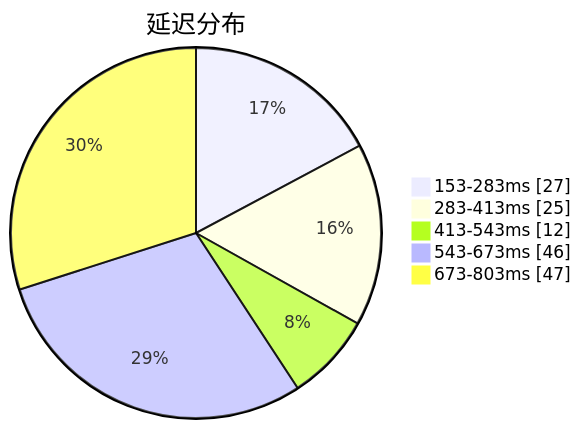
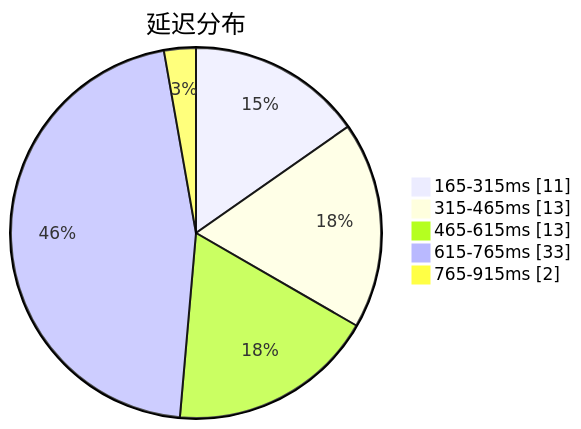
Before and after one commit to qjlxg/airport: the first of 3 diagrams in subs/statistics/tested_within.md, drawn with Mermaid. The commit also changed other lines of this file and 2 other files, not shown here.

````diff
--- a/subs/statistics/tested_within.md
+++ b/subs/statistics/tested_within.md
@@ -2,9 +2,9 @@
 ```mermaid
 pie showData
 title 延迟分布
-"153-283ms" : 27
-"283-413ms" : 25
-"413-543ms" : 12
-"543-673ms" : 46
-"673-803ms" : 47
+"165-315ms" : 11
+"315-465ms" : 13
+"465-615ms" : 13
+"615-765ms" : 33
+"765-915ms" : 2
 ```
````
